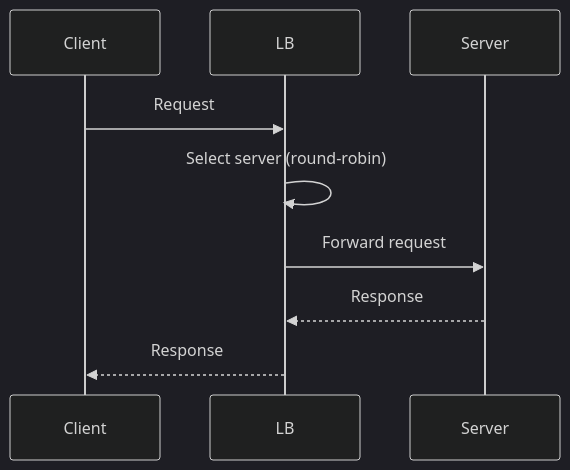
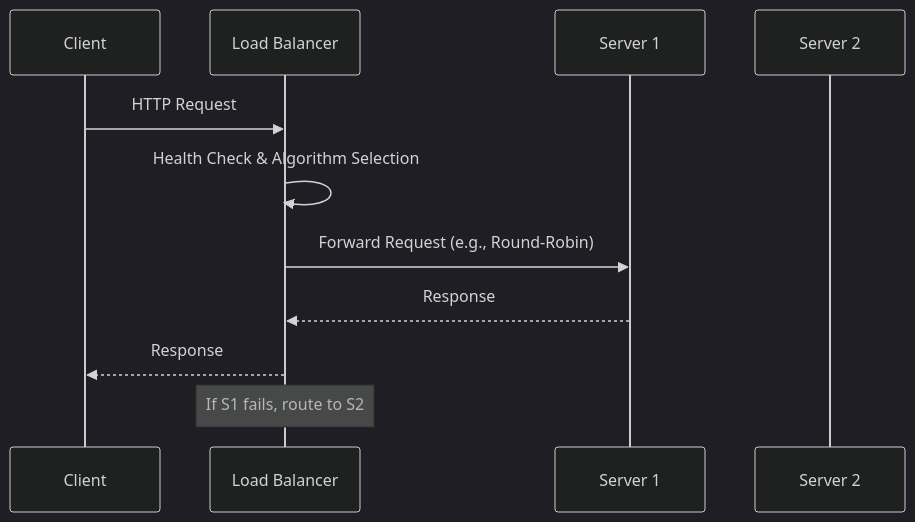
Before and after one commit to VrushankPatel/interview-matters: the first of 2 diagrams in system-design/load-balancing-and-routing/README.md, drawn with Mermaid (dark theme). The commit also changed other lines of this file and 6 other files, not shown here.

````diff
--- a/system-design/load-balancing-and-routing/README.md
+++ b/system-design/load-balancing-and-routing/README.md
@@ -61,11 +131,13 @@
 ```mermaid
 sequenceDiagram
     participant Client
-    participant LB
-    participant Server
-    Client->>LB: Request
-    LB->>LB: Select server (round-robin)
-    LB->>Server: Forward request
-    Server-->>LB: Response
+    participant LB as Load Balancer
+    participant S1 as Server 1
+    participant S2 as Server 2
+    Client->>LB: HTTP Request
+    LB->>LB: Health Check & Algorithm Selection
+    LB->>S1: Forward Request (e.g., Round-Robin)
+    S1-->>LB: Response
     LB-->>Client: Response
+    Note over LB: If S1 fails, route to S2
 ```
````
